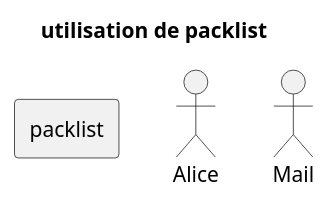
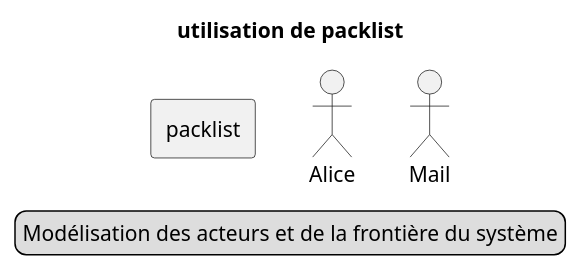
Before and after one commit to nbossard/plantuml_demo: the diagram in TP/Solutions/usecase_0.pu, drawn with PlantUML. The commit also changed 11 other files, not shown here.

```diff
--- a/TP/Solutions/usecase_0.pu
+++ b/TP/Solutions/usecase_0.pu
@@ -1,8 +1,13 @@
 @startuml
     Title utilisation de packlist
 
     :Alice:
     :Mail:
     rectangle packlist {
     }
+
+    legend
+        Modélisation des acteurs et de la frontière du système
+    endlegend
+
 @enduml
```
